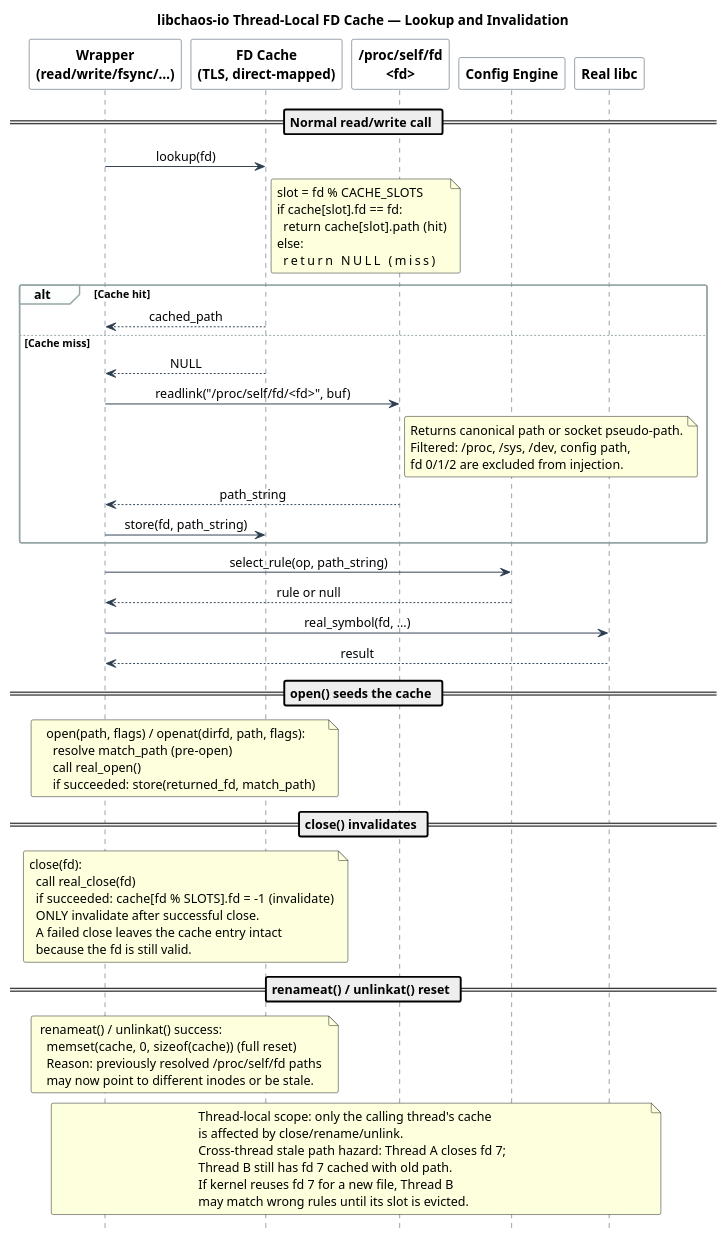
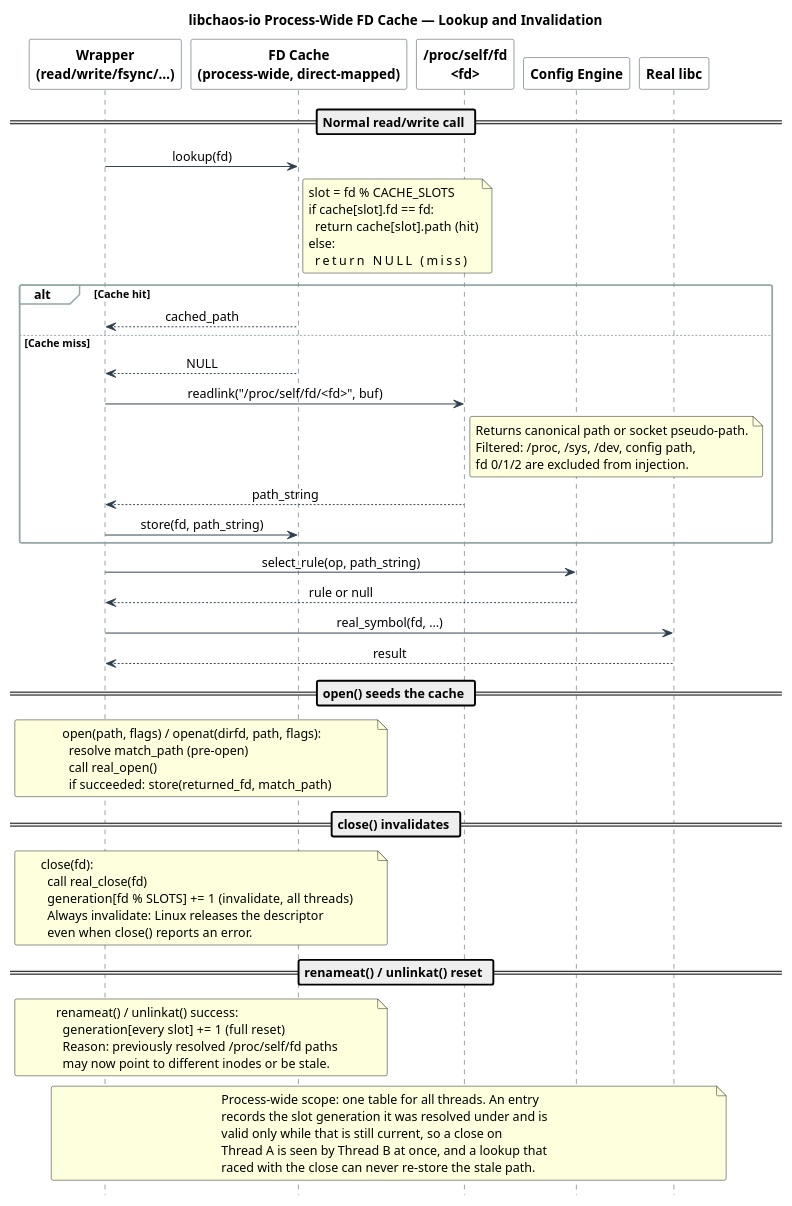
One commit to macstab/macstab-chaos-testing-libraries changed the fourth of 4 diagrams in docs/IO.md. Above: the diagram before and after it, drawn with PlantUML. The commit also changed other lines of this file and 6 other files, not shown here.

Commit message:
docs: describe shared descriptor calls, socket close faults and the process-wide fd cache

````diff
--- a/docs/IO.md
+++ b/docs/IO.md
@@ -522,6 +528,6 @@
 ```plantuml
 @startuml fdcache
-title libchaos-io Thread-Local FD Cache — Lookup and Invalidation
+title libchaos-io Process-Wide FD Cache — Lookup and Invalidation
 
 skinparam sequenceMessageAlign center
 skinparam shadowing false
@@ -539,7 +545,7 @@
 hide footbox
 
 participant "Wrapper\n(read/write/fsync/…)" as Wrap
-participant "FD Cache\n(TLS, direct-mapped)" as Cache
+participant "FD Cache\n(process-wide, direct-mapped)" as Cache
 participant "/proc/self/fd\n<fd>" as Proc
 participant "Config Engine" as Config
 participant "Real libc" as Real
@@ -588,28 +594,26 @@
 note over Wrap, Cache
   close(fd):
     call real_close(fd)
-    if succeeded: cache[fd % SLOTS].fd = -1  (invalidate)
-    ONLY invalidate after successful close.
-    A failed close leaves the cache entry intact
-    because the fd is still valid.
+    generation[fd % SLOTS] += 1  (invalidate, all threads)
+    Always invalidate: Linux releases the descriptor
+    even when close() reports an error.
 end note
 
 == renameat() / unlinkat() reset ==
 
 note over Wrap, Cache
   renameat() / unlinkat() success:
-    memset(cache, 0, sizeof(cache))  (full reset)
+    generation[every slot] += 1  (full reset)
     Reason: previously resolved /proc/self/fd paths
     may now point to different inodes or be stale.
 end note
 
 note across
-  Thread-local scope: only the calling thread's cache
-  is affected by close/rename/unlink.
-  Cross-thread stale path hazard: Thread A closes fd 7;
-  Thread B still has fd 7 cached with old path.
-  If kernel reuses fd 7 for a new file, Thread B
-  may match wrong rules until its slot is evicted.
+  Process-wide scope: one table for all threads. An entry
+  records the slot generation it was resolved under and is
+  valid only while that is still current, so a close on
+  Thread A is seen by Thread B at once, and a lookup that
+  raced with the close can never re-store the stale path.
 end note
 
 @enduml
````
